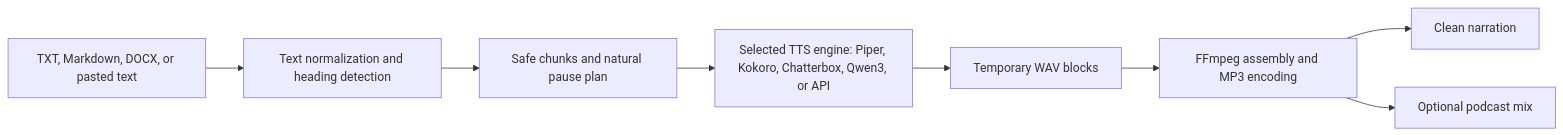
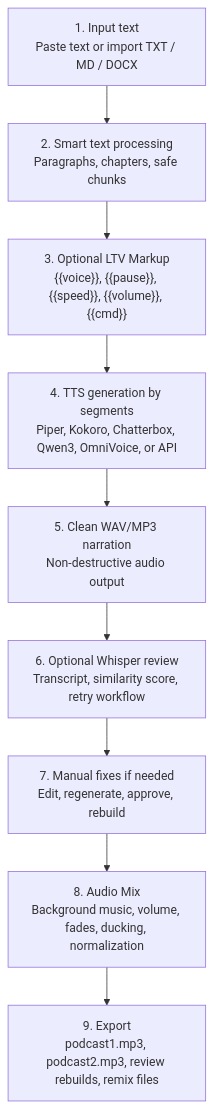
The diagram in README.md (estebanstifli/LocalText2Voice), drawn with Mermaid before and after one commit. The commit also changed other lines of this file and 50 other files, not shown here.

Commit message:
Release LocalText2Voice 1.0 installer build

````diff
--- a/README.md
+++ b/README.md
@@ -157,10 +64,11 @@
 ```mermaid
-flowchart LR
-    A["TXT, Markdown, DOCX, or pasted text"] --> B["Text normalization and heading detection"]
-    B --> C["Safe chunks and natural pause plan"]
-    C --> D["Selected TTS engine: Piper, Kokoro, Chatterbox, Qwen3, or API"]
-    D --> E["Temporary WAV blocks"]
-    E --> F["FFmpeg assembly and MP3 encoding"]
-    F --> G["Clean narration"]
-    F --> H["Optional podcast mix"]
+flowchart TD
+    A["1. Input text<br>Paste text or import TXT / MD / DOCX"] --> B["2. Smart text processing<br>Paragraphs, chapters, safe chunks"]
+    B --> C["3. Optional LTV Markup<br>{{voice}}, {{pause}}, {{speed}}, {{volume}}, {{cmd}}"]
+    C --> D["4. TTS generation by segments<br>Piper, Kokoro, Chatterbox, Qwen3, OmniVoice, or API"]
+    D --> E["5. Clean WAV/MP3 narration<br>Non-destructive audio output"]
+    E --> F["6. Optional Whisper review<br>Transcript, similarity score, retry workflow"]
+    F --> G["7. Manual fixes if needed<br>Edit, regenerate, approve, rebuild"]
+    G --> H["8. Audio Mix<br>Background music, volume, fades, ducking, normalization"]
+    H --> I["9. Export<br>podcast1.mp3, podcast2.mp3, review rebuilds, remix files"]
 ```
````
